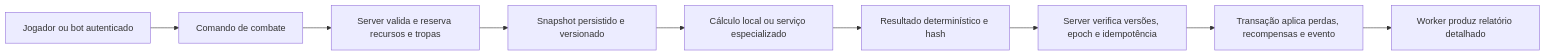
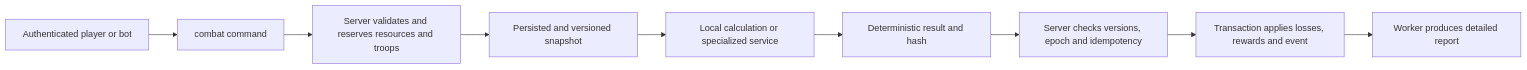
One commit to ReeseArch64/opencok changed the sixth of 14 diagrams in .github/ARCHITECTURE.md. Above: the diagram before and after it, drawn with Mermaid. The commit also changed other lines of this file and 10 other files, not shown here.

````diff
--- a/.github/ARCHITECTURE.md
+++ b/.github/ARCHITECTURE.md
@@ -580,11 +575,11 @@
 ```mermaid
 flowchart LR
-  player[Jogador ou bot autenticado] --> command[Comando de combate]
-  command --> reserve[Server valida e reserva recursos e tropas]
-  reserve --> snapshot[Snapshot persistido e versionado]
-  snapshot --> compute[Cálculo local ou serviço especializado]
-  compute --> result[Resultado determinístico e hash]
-  result --> check[Server verifica versões, epoch e idempotência]
-  check --> commit[Transação aplica perdas, recompensas e evento]
-  commit --> report[Worker produz relatório detalhado]
+  player[Authenticated player or bot] --> command[combat command]
+  command --> reserve[Server validates and reserves resources and troops]
+  reserve --> snapshot[Persisted and versioned snapshot]
+  snapshot --> compute[Local calculation or specialized service]
+  compute --> result[Deterministic result and hash]
+  result --> check[Server checks versions, epoch and idempotency]
+  check --> commit[Transaction applies losses, rewards and event]
+  commit --> report[Worker produces detailed report]
 ```
````
